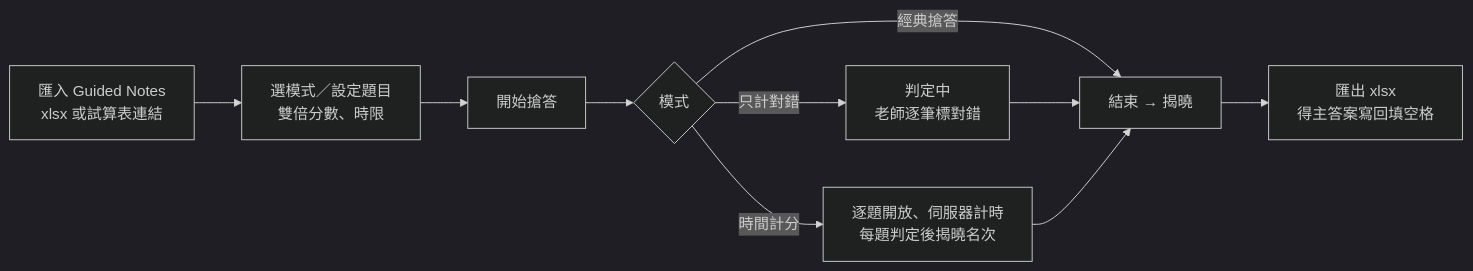
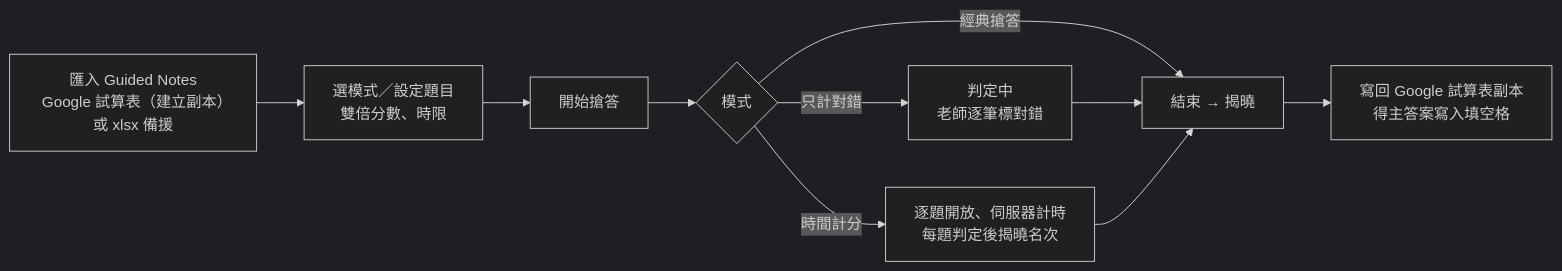
Before and after one commit to yue083139/software_fin-speckit: the first of 2 diagrams in docs/product-trd.md, drawn with Mermaid (dark theme). The commit also changed other lines of this file and 38 other files, not shown here.

First line of the commit message:
feat(server,web): [CORE] 010-guided-notes-sheets-sync 實作——直接串接雲端 Google Sheets 讀寫

````diff
--- a/docs/product-trd.md
+++ b/docs/product-trd.md
@@ -25,10 +25,10 @@
 ```mermaid
 flowchart LR
-  A[匯入 Guided Notes<br/>xlsx 或試算表連結] --> B[選模式／設定題目<br/>雙倍分數、時限]
+  A[匯入 Guided Notes<br/>Google 試算表（建立副本）或 xlsx 備援] --> B[選模式／設定題目<br/>雙倍分數、時限]
   B --> C[開始搶答]
   C --> D{模式}
   D -- 經典搶答 --> F[結束 → 揭曉]
   D -- 只計對錯 --> E[判定中<br/>老師逐筆標對錯] --> F
   D -- 時間計分 --> G[逐題開放、伺服器計時<br/>每題判定後揭曉名次] --> F
-  F --> H[匯出 xlsx<br/>得主答案寫回填空格]
+  F --> H[寫回 Google 試算表副本<br/>得主答案寫入填空格]
 ```
````
